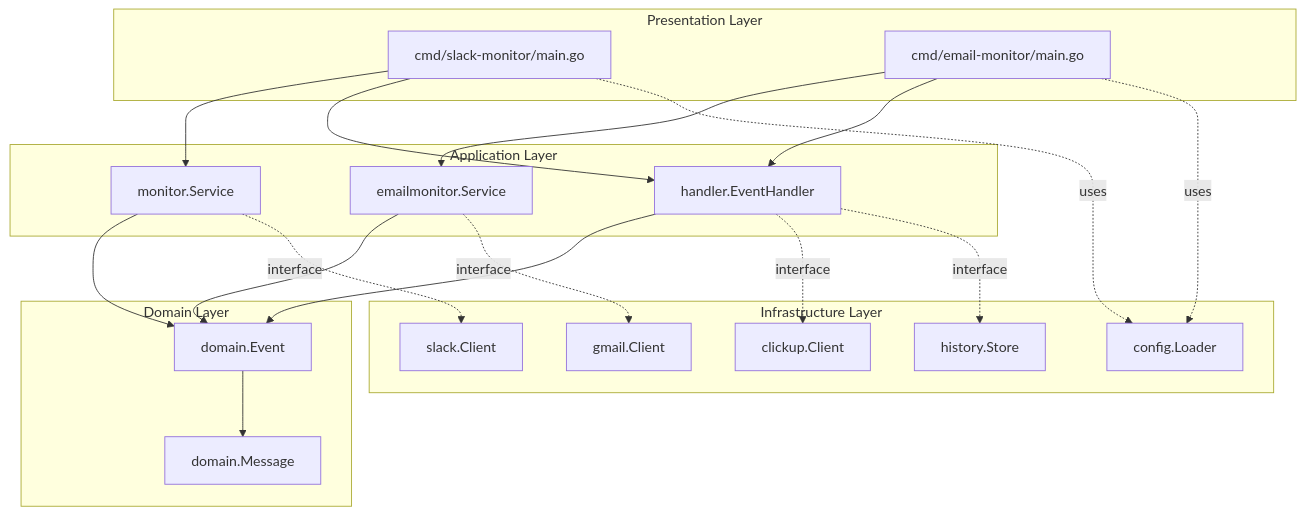
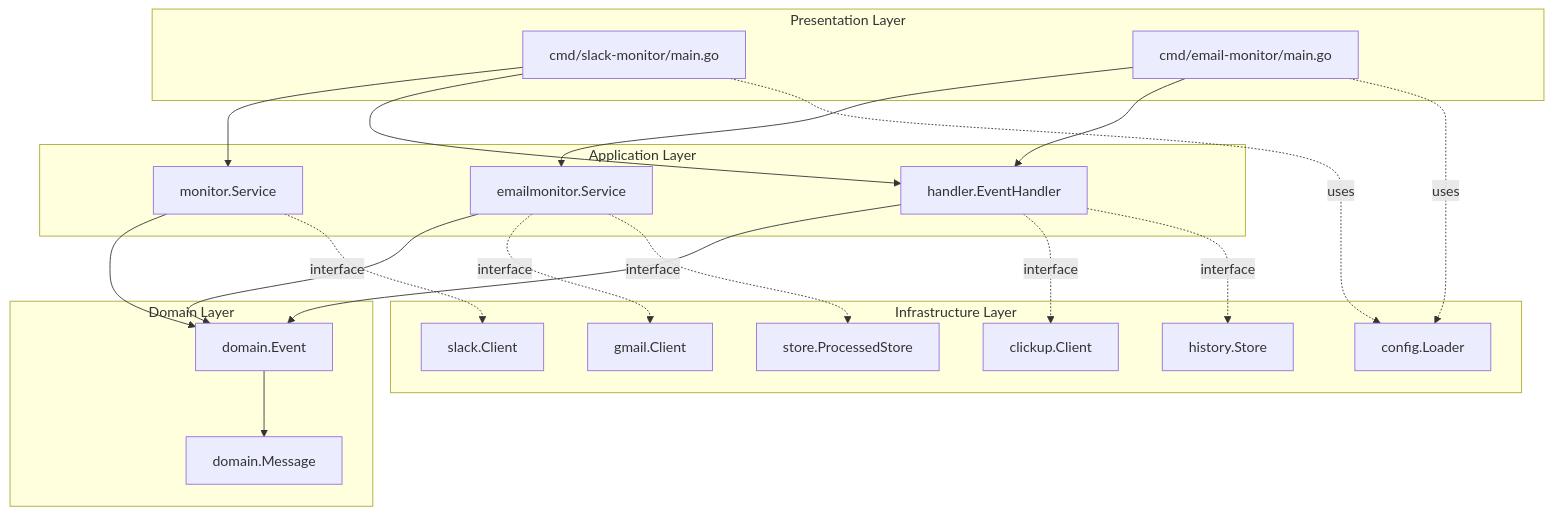
Before and after one commit to zime78/Slickwebhook: the second of 9 diagrams in docs/ARCHITECTURE.md, drawn with Mermaid. The commit also changed other lines of this file and 3 other files, not shown here.

````diff
--- a/docs/ARCHITECTURE.md
+++ b/docs/ARCHITECTURE.md
@@ -84,41 +88,43 @@
 ```mermaid
 flowchart TB
     subgraph Presentation["Presentation Layer"]
         SLACK_MAIN["cmd/slack-monitor/main.go"]
         EMAIL_MAIN["cmd/email-monitor/main.go"]
     end
 
     subgraph Application["Application Layer"]
         SLACK_MONITOR["monitor.Service"]
         EMAIL_MONITOR["emailmonitor.Service"]
         HANDLER["handler.EventHandler"]
     end
 
     subgraph Domain["Domain Layer"]
         MESSAGE["domain.Message"]
         EVENT["domain.Event"]
     end
 
     subgraph Infrastructure["Infrastructure Layer"]
         SLACK["slack.Client"]
         GMAIL["gmail.Client"]
         CLICKUP["clickup.Client"]
         CONFIG["config.Loader"]
         HISTORY["history.Store"]
+        PROCESSED["store.ProcessedStore"]
     end
 
     SLACK_MAIN --> SLACK_MONITOR
     EMAIL_MAIN --> EMAIL_MONITOR
     SLACK_MAIN --> HANDLER
     EMAIL_MAIN --> HANDLER
     SLACK_MONITOR --> EVENT
     EMAIL_MONITOR --> EVENT
     HANDLER --> EVENT
     EVENT --> MESSAGE
     SLACK_MONITOR -.->|interface| SLACK
     EMAIL_MONITOR -.->|interface| GMAIL
+    EMAIL_MONITOR -.->|interface| PROCESSED
     HANDLER -.->|interface| CLICKUP
     HANDLER -.->|interface| HISTORY
     SLACK_MAIN -.->|uses| CONFIG
     EMAIL_MAIN -.->|uses| CONFIG
 ```
````
